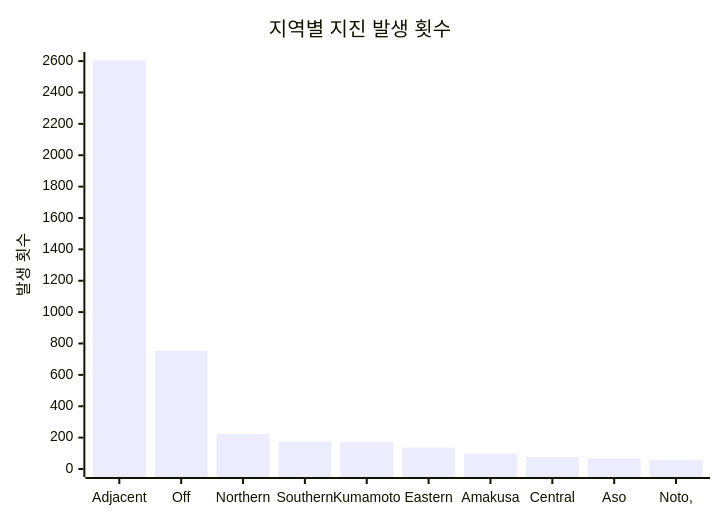
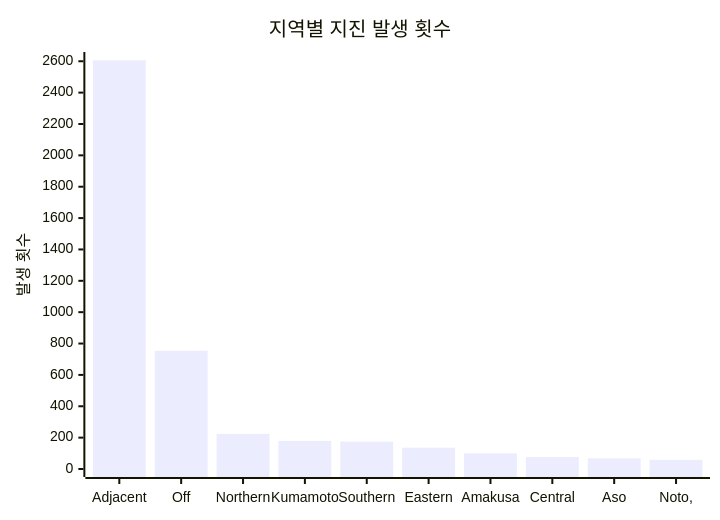
One commit to serendip811/japan-eq changed the diagram in charts/region-chart.md. Above: the diagram before and after it, drawn with Mermaid. The commit also changed other lines of this file and 5 other files, not shown here.

Commit message:
Update earthquake data and charts Wed Jul 29 08:33:38 UTC 2026

````diff
--- a/charts/region-chart.md
+++ b/charts/region-chart.md
@@ -3,7 +3,7 @@
 ```mermaid
 xychart-beta
     title "지역별 지진 발생 횟수"
-    x-axis ["Adjacent", "Off", "Northern", "Southern", "Kumamoto", "Eastern", "Amakusa", "Central", "Aso", "Noto,"]
-    y-axis "발생 횟수" 0 --> 2607
-    bar [2605, 754, 224, 175, 171, 136, 98, 76, 67, 58]
+    x-axis ["Adjacent", "Off", "Northern", "Kumamoto", "Southern", "Eastern", "Amakusa", "Central", "Aso", "Noto,"]
+    y-axis "발생 횟수" 0 --> 2608
+    bar [2606, 754, 224, 179, 175, 136, 100, 76, 68, 58]
 ```
````
